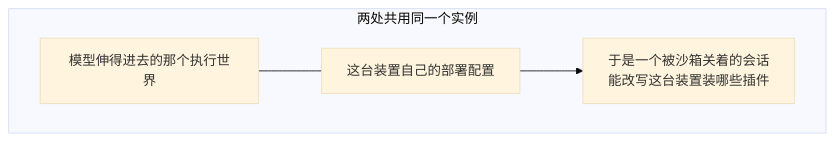
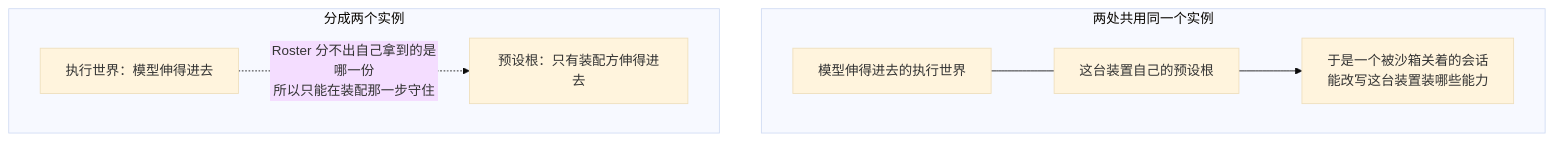
Diagram 11 of 25 in docs/modules/presets.md (snight1983/ds-harness-go), drawn with Mermaid (base theme) before and after one commit. The commit also changed other lines of this file and 25 other files, not shown here.

````diff
--- a/docs/modules/presets.md
+++ b/docs/modules/presets.md
@@ -124,7 +225,12 @@
 ```mermaid
 flowchart TD
     subgraph BADFS["两处共用同一个实例"]
-        A1["模型伸得进去的那个执行世界"] --- A2["这台装置自己的部署配置"]
-        A2 --> A3["于是一个被沙箱关着的会话<br/>能改写这台装置装哪些插件"]
+        A1["模型伸得进去的执行世界"] --- A2["这台装置自己的预设根"]
+        A2 --> A3["于是一个被沙箱关着的会话<br/>能改写这台装置装哪些能力"]
+    end
+    subgraph GOODFS["分成两个实例"]
+        B1["执行世界：模型伸得进去"]
+        B2["预设根：只有装配方伸得进去"]
+        B1 -.->|"Roster 分不出自己拿到的是哪一份<br/>所以只能在装配那一步守住"| B2
     end
 ```
````
